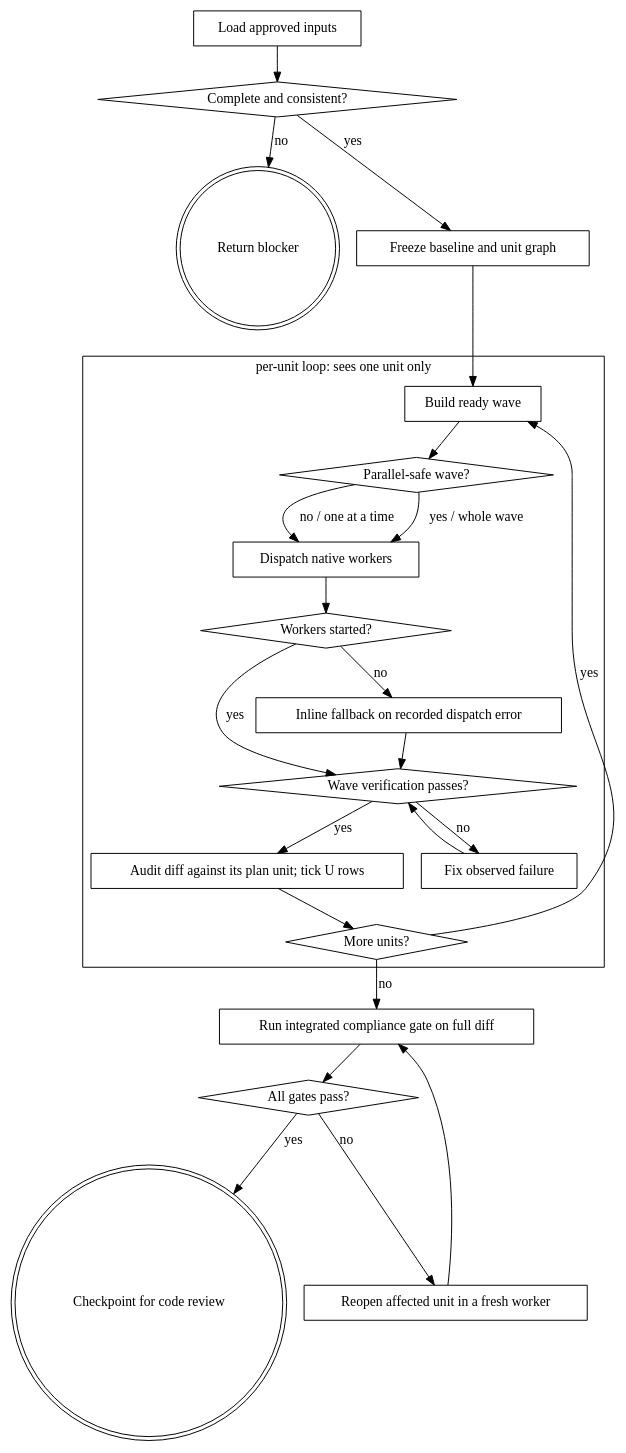
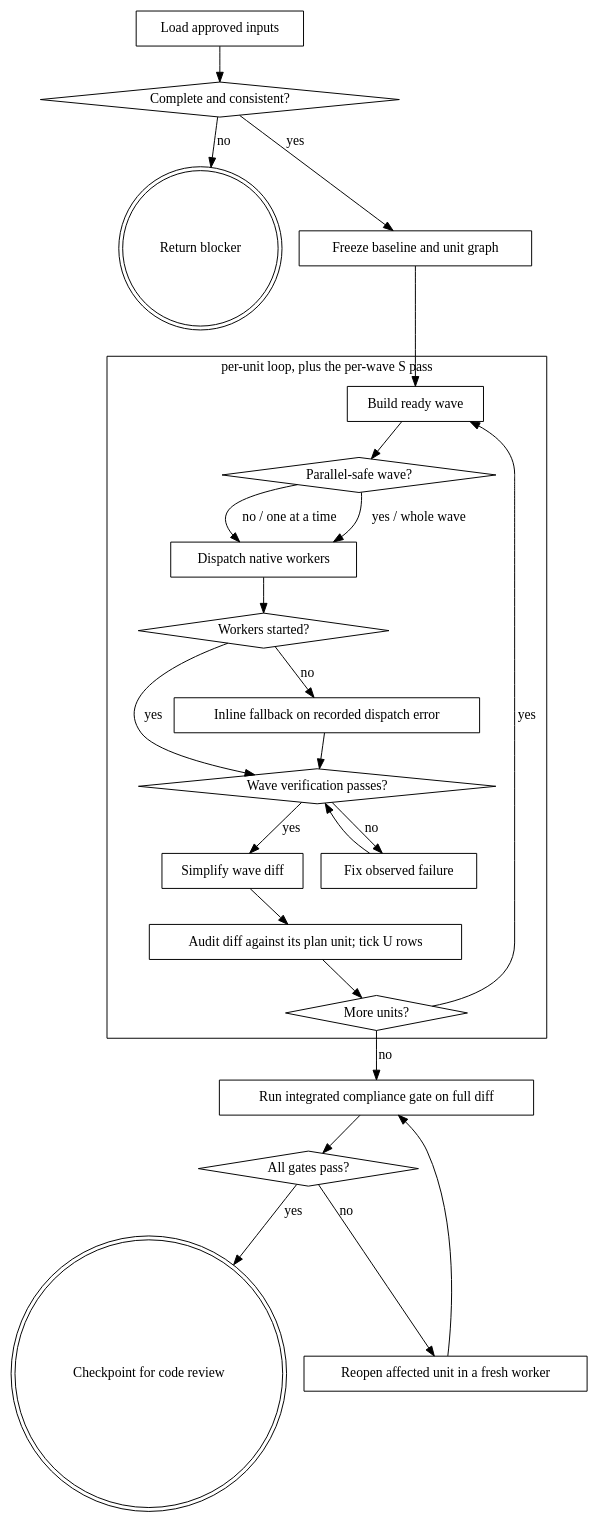
The diagram in wayne-work/SKILL.md (waynejing995/wayne-taste), drawn with Graphviz before and after one commit. The commit also changed other lines of this file and 46 other files, not shown here.

First line of the commit message:
feat:/wayne-simplify - add a post-write refinement pass and wire it into wayne-work

````diff
--- a/wayne-work/SKILL.md
+++ b/wayne-work/SKILL.md
@@ -18,49 +18,51 @@
 ```dot
 digraph work {
     rankdir=TB;
     A [label="Load approved inputs", shape=box];
     B [label="Complete and consistent?", shape=diamond];
     X [label="Return blocker", shape=doublecircle];
     C [label="Freeze baseline and unit graph", shape=box];
 
     subgraph cluster_unit {
-        label="per-unit loop: sees one unit only";
+        label="per-unit loop, plus the per-wave S pass";
         D [label="Build ready wave", shape=box];
         E [label="Parallel-safe wave?", shape=diamond];
         R [label="Dispatch native workers", shape=box];
         P [label="Workers started?", shape=diamond];
         F [label="Inline fallback on recorded dispatch error", shape=box];
         G [label="Wave verification passes?", shape=diamond];
         T [label="Fix observed failure", shape=box];
+        S [label="Simplify wave diff", shape=box];
         H [label="Audit diff against its plan unit; tick U rows", shape=box];
         I [label="More units?", shape=diamond];
     }
 
     J [label="Run integrated compliance gate on full diff", shape=box];
     K [label="All gates pass?", shape=diamond];
     M [label="Reopen affected unit in a fresh worker", shape=box];
     L [label="Checkpoint for code review", shape=doublecircle];
 
     A -> B;
     B -> X [label="no"];
     B -> C [label="yes"];
     C -> D;
     D -> E;
     E -> R [label="yes / whole wave"];
     E -> R [label="no / one at a time"];
     R -> P;
     P -> G [label="yes"];
     P -> F [label="no"];
     F -> G;
     G -> T [label="no"];
     T -> G;
-    G -> H [label="yes"];
+    G -> S [label="yes"];
+    S -> H;
     H -> I;
     I -> D [label="yes"];
     I -> J [label="no"];
     J -> K;
     K -> M [label="no"];
     M -> J;
     K -> L [label="yes"];
 }
 ```
````
